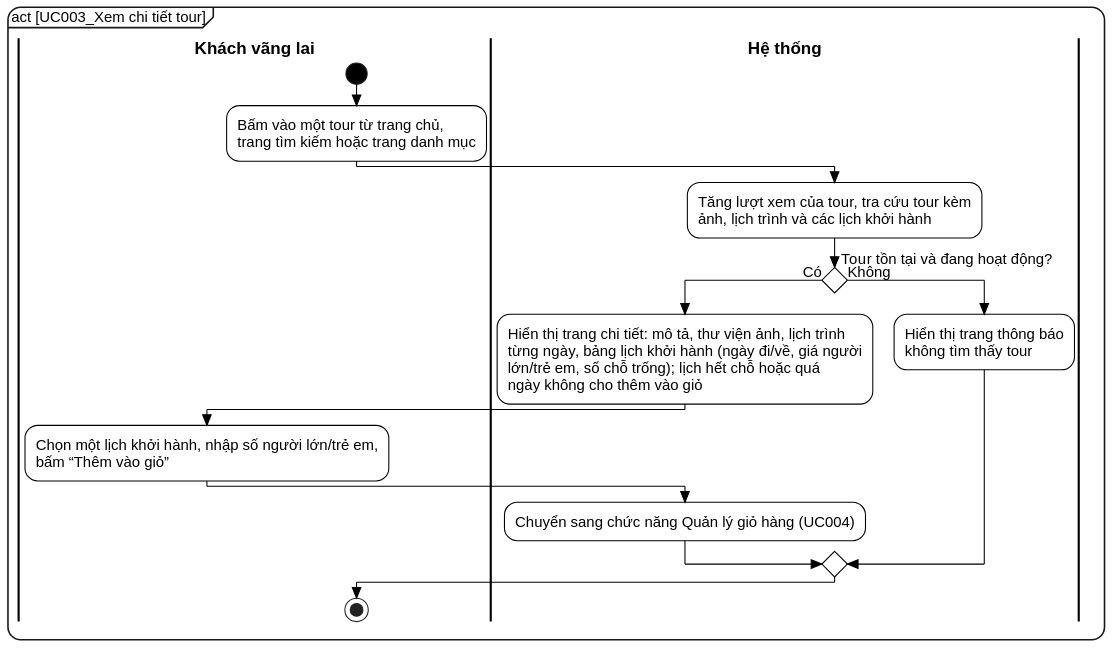
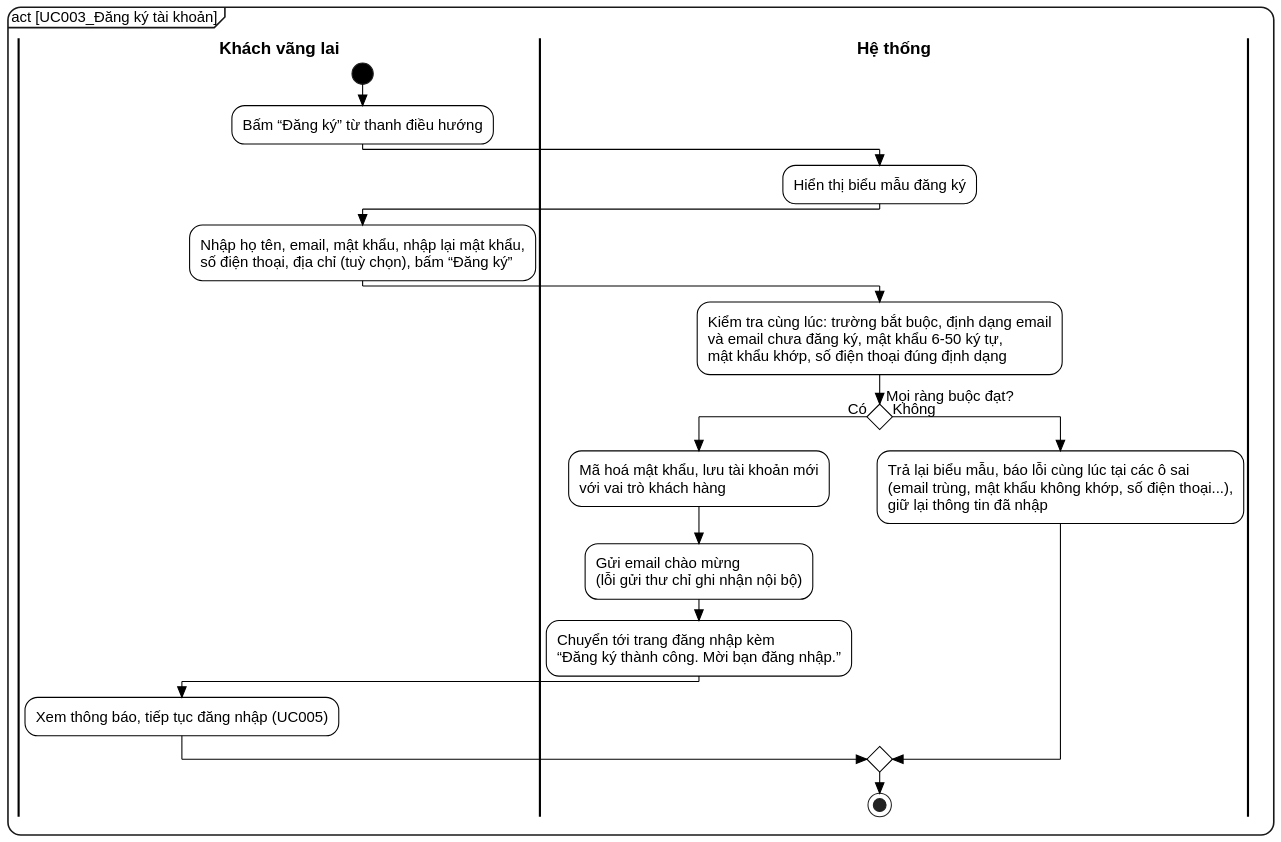
The diagram in docs/report/diagrams/src/UC003_activity.puml (kanele05/project_www), drawn with PlantUML before and after one commit. The commit also changed 104 other files, not shown here.

First line of the commit message:
Sắp xếp lại use case theo biểu đồ tổng quát: đánh số lại UC001–UC021, gộp quản lý danh mục, cập nhật đặc tả và sơ đồ

```diff
--- a/docs/report/diagrams/src/UC003_activity.puml
+++ b/docs/report/diagrams/src/UC003_activity.puml
@@ -1,48 +1,50 @@
 @startuml UC003_activity
 skinparam dpi 140
 skinparam defaultFontName "Liberation Sans"
 skinparam defaultFontSize 14
 skinparam backgroundColor white
 skinparam shadowing false
 skinparam RoundCorner 24
 skinparam ArrowColor black
 skinparam ArrowThickness 1.1
 skinparam ConditionStyle diamond
 skinparam ConditionEndStyle diamond
 skinparam style strictuml
 skinparam activity {
   BackgroundColor white
   BorderColor black
   BorderThickness 1
   DiamondBackgroundColor white
   DiamondBorderColor black
   StartColor black
   EndColor black
 }
 skinparam swimlane {
   BorderColor black
   BorderThickness 2
   TitleFontStyle bold
   TitleFontSize 16
 }
 skinparam wrapWidth 600
-mainframe act [UC003_Xem chi tiết tour]
+mainframe act [UC003_Đăng ký tài khoản]
 |Khách vãng lai|
 start
-:Bấm vào một tour từ trang chủ,\ntrang tìm kiếm hoặc trang danh mục;
+:Bấm “Đăng ký” từ thanh điều hướng;
 |Hệ thống|
-:Tăng lượt xem của tour, tra cứu tour kèm\nảnh, lịch trình và các lịch khởi hành;
-if (Tour tồn tại và đang hoạt động?) then (Có)
-  :Hiển thị trang chi tiết: mô tả, thư viện ảnh, lịch trình\ntừng ngày, bảng lịch khởi hành (ngày đi/về, giá người\nlớn/trẻ em, số chỗ trống); lịch hết chỗ hoặc quá\nngày không cho thêm vào giỏ;
+:Hiển thị biểu mẫu đăng ký;
+|Khách vãng lai|
+:Nhập họ tên, email, mật khẩu, nhập lại mật khẩu,\nsố điện thoại, địa chỉ (tuỳ chọn), bấm “Đăng ký”;
+|Hệ thống|
+:Kiểm tra cùng lúc: trường bắt buộc, định dạng email\nvà email chưa đăng ký, mật khẩu 6-50 ký tự,\nmật khẩu khớp, số điện thoại đúng định dạng;
+if (Mọi ràng buộc đạt?) then (Có)
+  :Mã hoá mật khẩu, lưu tài khoản mới\nvới vai trò khách hàng;
+  :Gửi email chào mừng\n(lỗi gửi thư chỉ ghi nhận nội bộ);
+  :Chuyển tới trang đăng nhập kèm\n“Đăng ký thành công. Mời bạn đăng nhập.”;
   |Khách vãng lai|
-  :Chọn một lịch khởi hành, nhập số người lớn/trẻ em,\nbấm “Thêm vào giỏ”;
-  |Hệ thống|
-  :Chuyển sang chức năng Quản lý giỏ hàng (UC004);
-  |Khách vãng lai|
+  :Xem thông báo, tiếp tục đăng nhập (UC005);
 else (Không)
   |Hệ thống|
-  :Hiển thị trang thông báo\nkhông tìm thấy tour;
-  |Khách vãng lai|
+  :Trả lại biểu mẫu, báo lỗi cùng lúc tại các ô sai\n(email trùng, mật khẩu không khớp, số điện thoại...),\ngiữ lại thông tin đã nhập;
 endif
 stop
 @enduml
```
